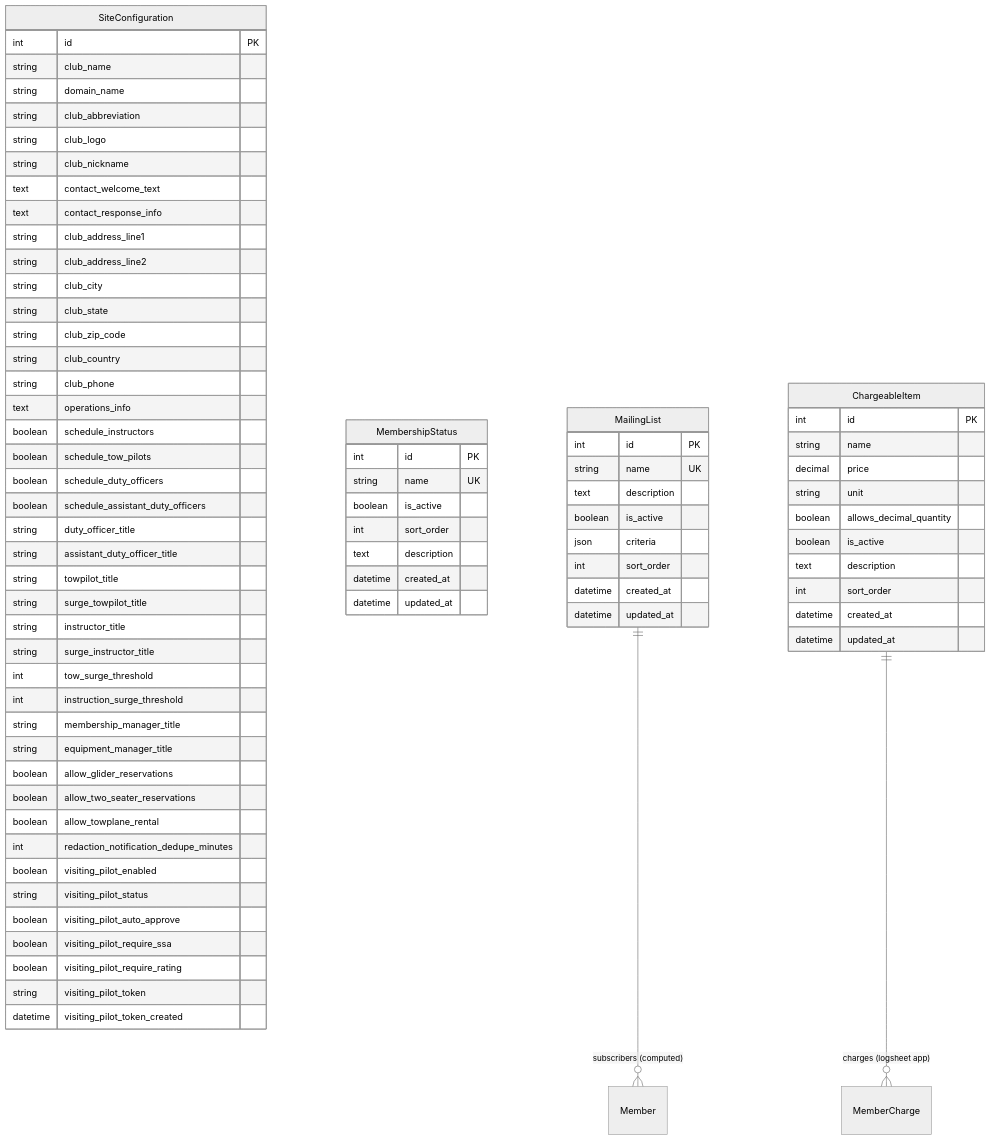
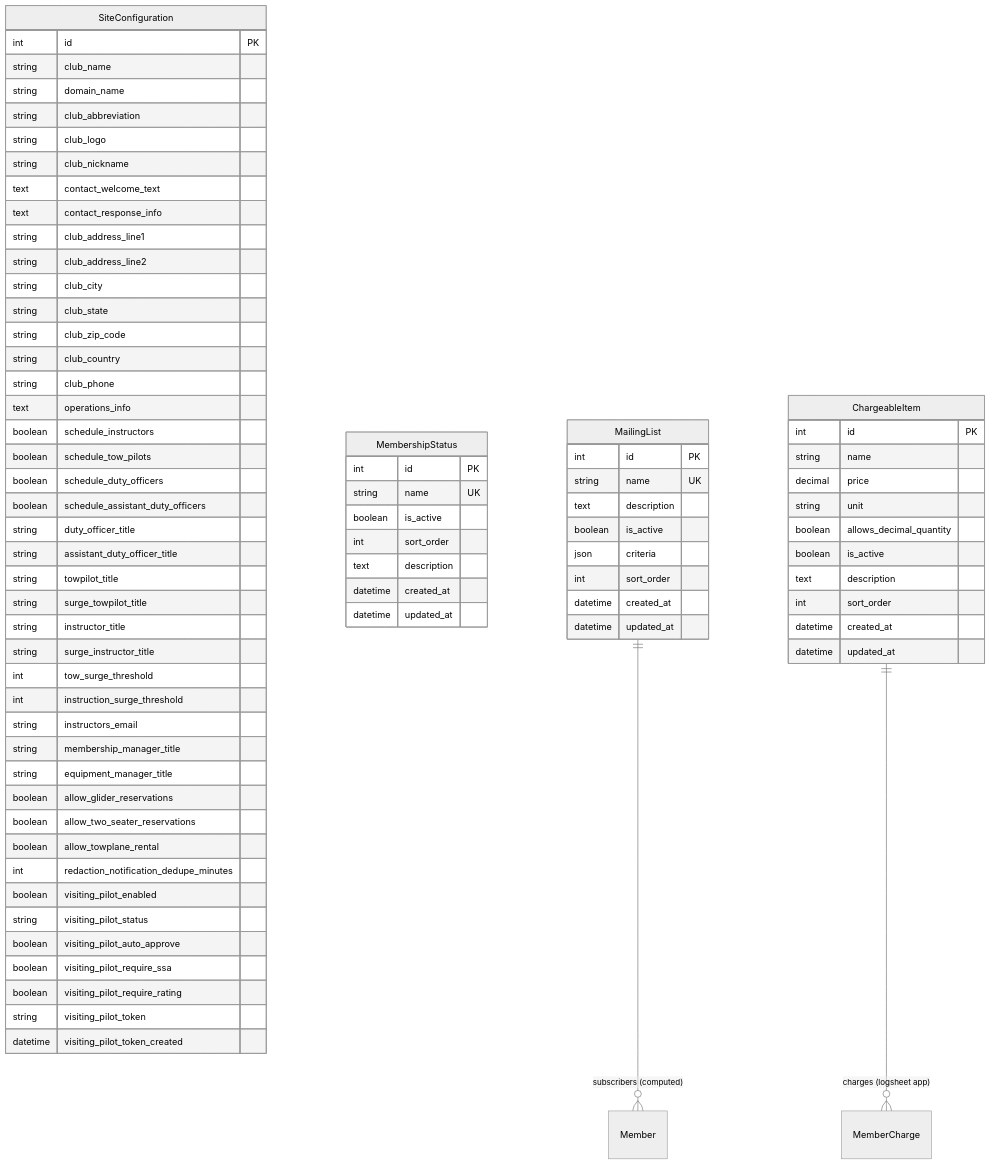
One commit to pietbarber/Manage2Soar changed the diagram in siteconfig/docs/models.md. Above: the diagram before and after it, drawn with Mermaid (neutral theme). The commit also changed other lines of this file and 1 other file, not shown here.

Commit message:
Fix migration help_text wording; update siteconfig ERD with instructors_email
- Migration 0030: change 'accumulates 3 or more accepted students' to
  'has accepted 3 or more students' to match model definition (PR #647 review comment)
- siteconfig/docs/models.md: add instructors_email field to ERD mermaid diagram
  and note the dual surge mechanism distinction (Issue #646)

```diff
--- a/siteconfig/docs/models.md
+++ b/siteconfig/docs/models.md
@@ -37,6 +37,7 @@
         string surge_instructor_title
         int tow_surge_threshold
         int instruction_surge_threshold
+        string instructors_email
         string membership_manager_title
         string equipment_manager_title
         boolean allow_glider_reservations
```
